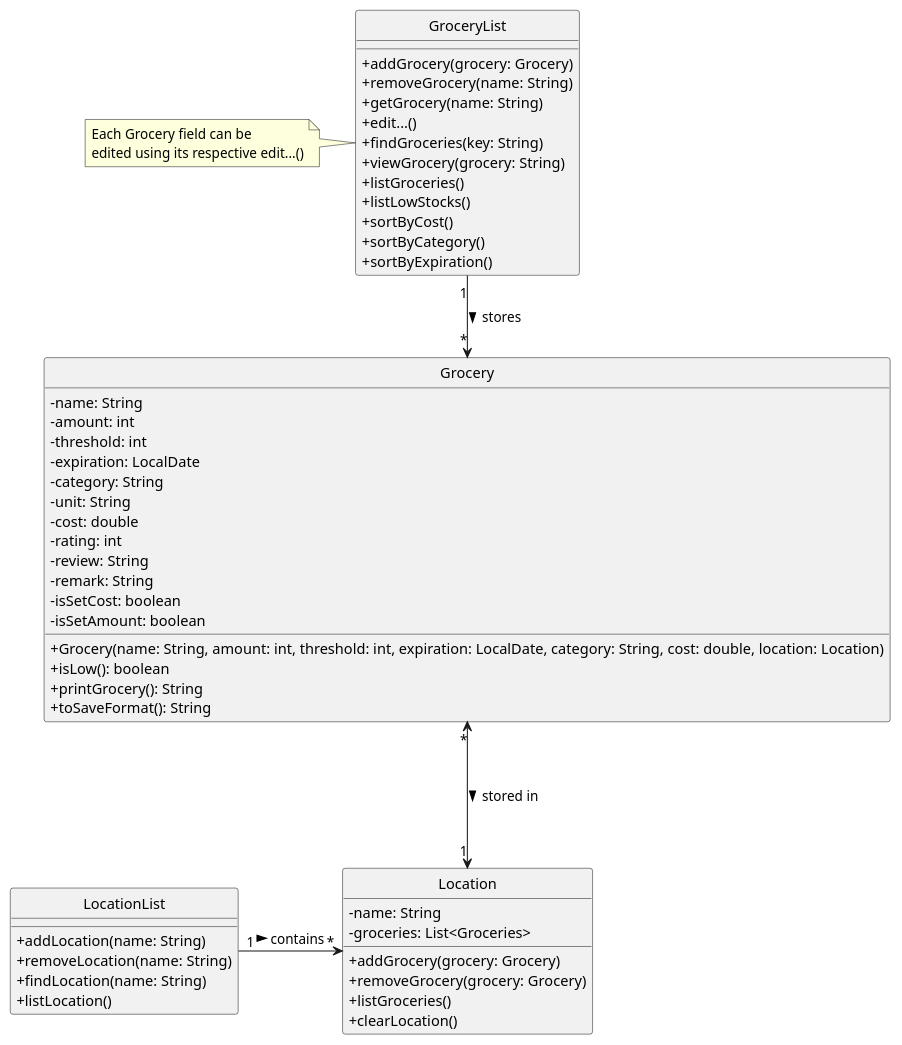
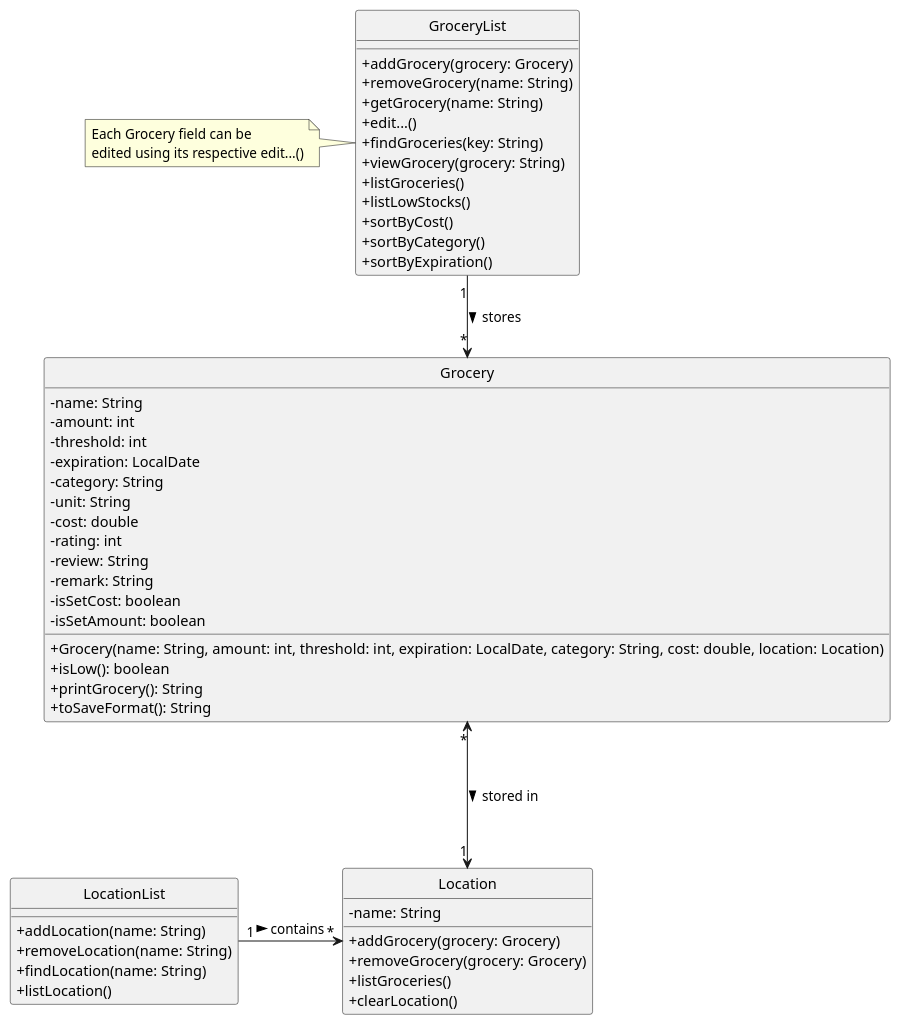
The diagram in docs/diagrams/Grocery.puml (LuoYu-uwu/tp), drawn with PlantUML before and after one commit. The commit also changed 11 other files, not shown here.

```diff
--- a/docs/diagrams/Grocery.puml
+++ b/docs/diagrams/Grocery.puml
@@ -1,60 +1,59 @@
 @startuml
 skinparam classAttributeIconSize 0
 hide circle
 
 class GroceryList {
     +addGrocery(grocery: Grocery)
     +removeGrocery(name: String)
     +getGrocery(name: String)
     +edit...()
     +findGroceries(key: String)
     +viewGrocery(grocery: String)
     +listGroceries()
     +listLowStocks()
     +sortByCost()
     +sortByCategory()
     +sortByExpiration()
 }
 note left: Each Grocery field can be\nedited using its respective edit...()
 
 class Grocery {
     -name: String
     -amount: int
     -threshold: int
     -expiration: LocalDate
     -category: String
     -unit: String
     -cost: double
     -rating: int
     -review: String
     -remark: String
     -isSetCost: boolean
     -isSetAmount: boolean
 
     +Grocery(name: String, amount: int, threshold: int, expiration: LocalDate, category: String, cost: double, location: Location)
     +isLow(): boolean
     +printGrocery(): String
     +toSaveFormat(): String
 }
 
 class Location {
     -name: String
-    -groceries: List<Groceries>
     +addGrocery(grocery: Grocery)
     +removeGrocery(grocery: Grocery)
     +listGroceries()
     +clearLocation()
 }
 
 class LocationList {
     +addLocation(name: String)
     +removeLocation(name: String)
     +findLocation(name: String)
     +listLocation()
 }
 
 GroceryList "1" --> "*" Grocery : stores >
 LocationList "1" -> "*" Location : contains >
 Grocery "*" <---> "1" Location : stored in >
 
 @enduml
```
